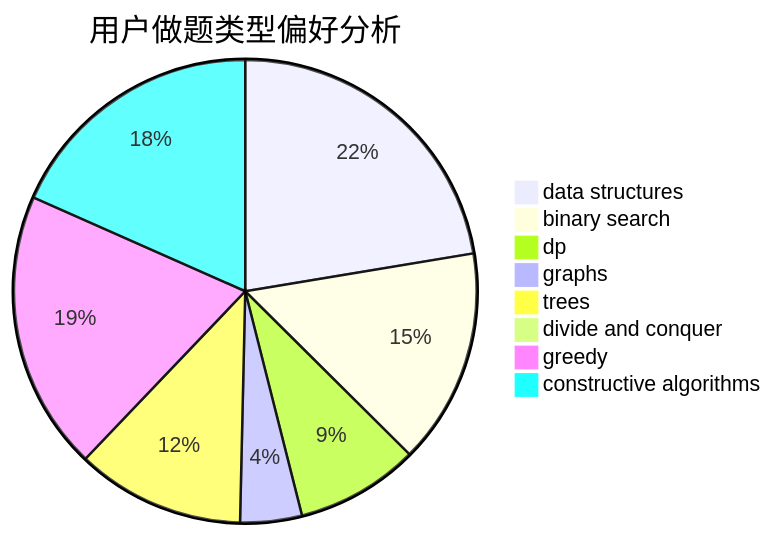
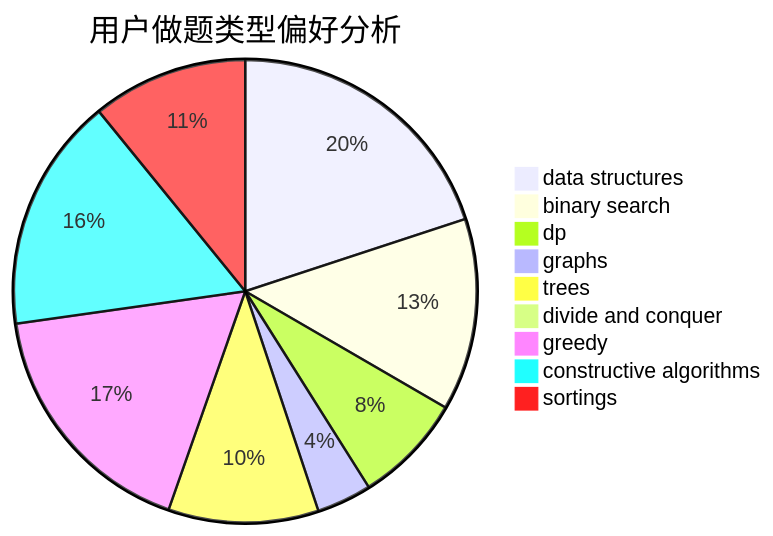
Before and after one commit to sherpahu/cfrs.github.io: the second of 3 diagrams in docs/user/u678.md, drawn with Mermaid. The commit also changed other lines of this file and 2769 other files, not shown here.

````diff
--- a/docs/user/u678.md
+++ b/docs/user/u678.md
@@ -23,11 +18,12 @@
 ```mermaid
 pie title 用户做题类型偏好分析
     "data structures" :  156
     "binary search" :  105
     "dp" :  60
     "graphs" :  30
     "trees" :  82
     "divide and conquer" :  1
     "greedy" :  136
     "constructive algorithms" :  128
+    "sortings" :  85
 ```
````
